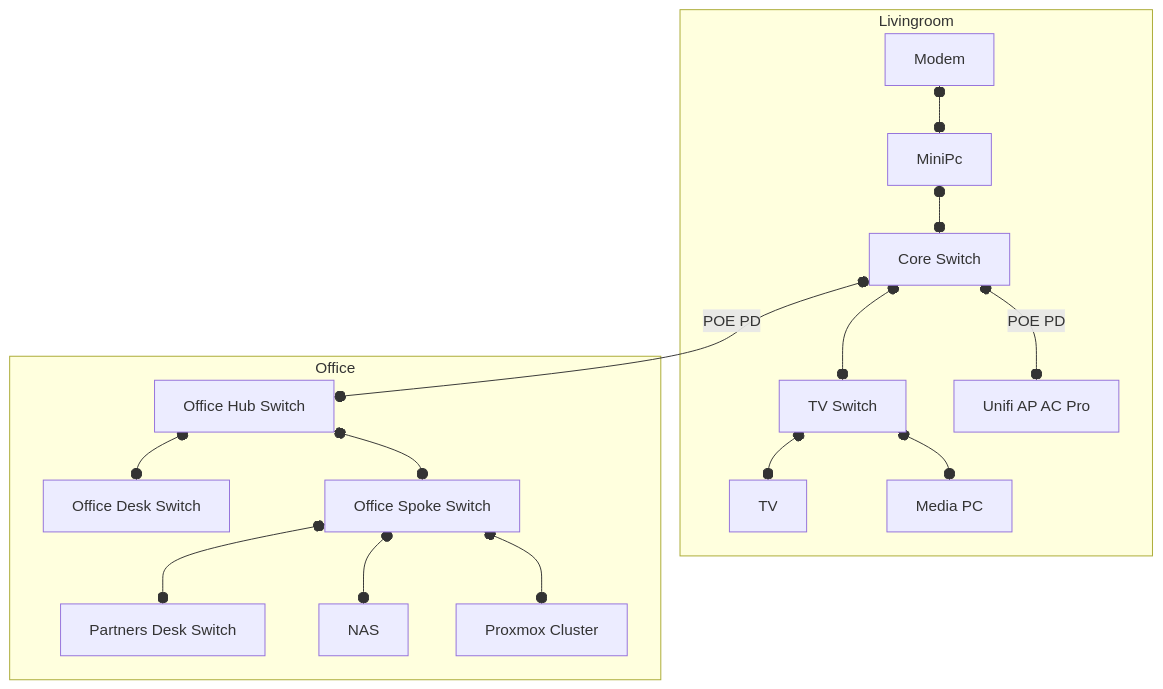
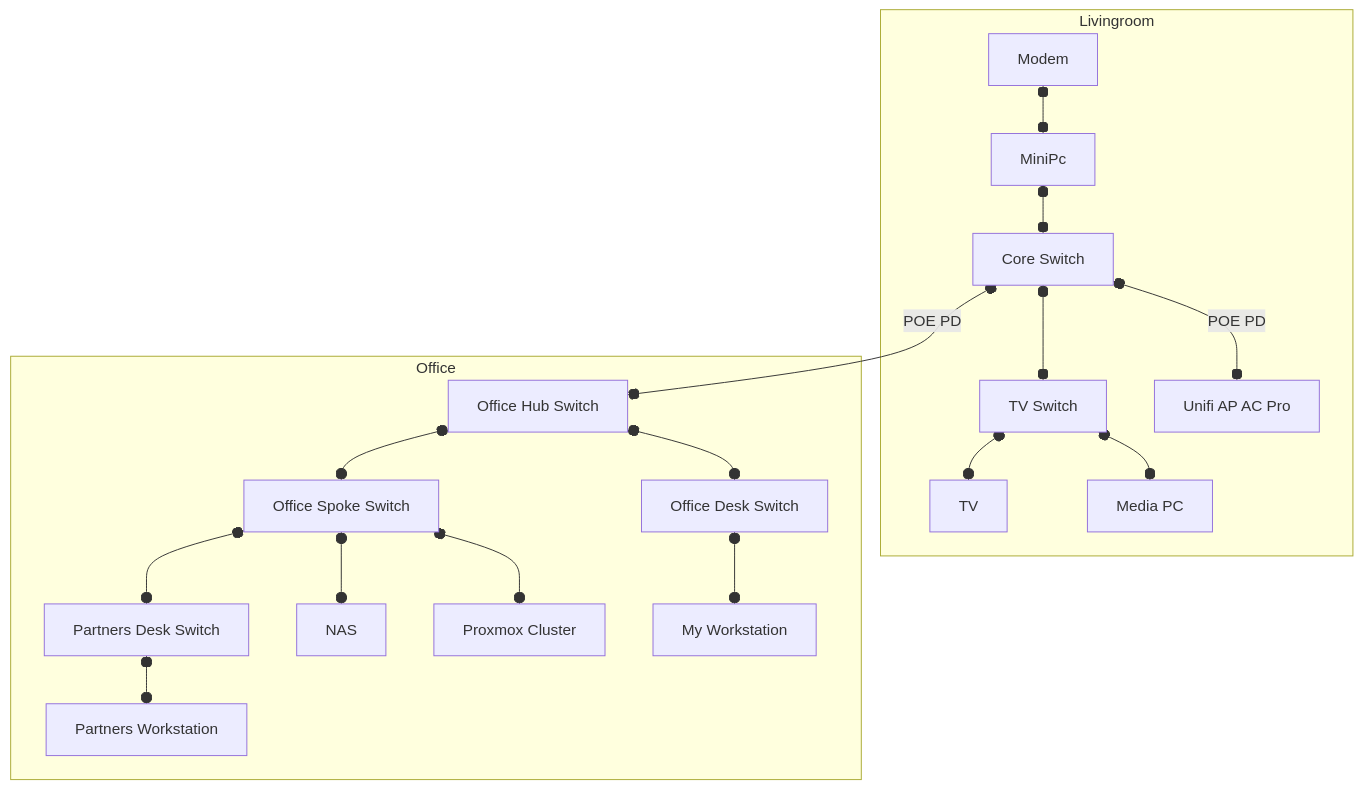
The diagram in README.md (Aidenwebb/MiniLab), drawn with Mermaid before and after one commit.

Commit message:
Add workstations

````diff
--- a/README.md
+++ b/README.md
@@ -67,33 +67,37 @@
 ```mermaid
 flowchart TD
     subgraph Livingroom
       A
       B
       C
       D
       K
       E
       F
     end
 
     subgraph Office
       G
       H
       I
       J
       L
       M
+      N
+      O
     end
     A[Modem] o--o B[MiniPc]
     B o--o C[Core Switch]
     C o--o D[TV Switch]
     C o-- POE PD --o K[Unifi AP AC Pro]
     D o--o E[TV]
     D o--o F[Media PC]
     C o-- POE PD --o G[Office Hub Switch]
     G o--o H[Office Desk Switch]
+    H o--o N[My Workstation]
     G o--o I[Office Spoke Switch]
     I o--o J[Partners Desk Switch]
     I o--o L[NAS]
     I o--o M[Proxmox Cluster]
+    J o--o O[Partners Workstation]
 ```
````
